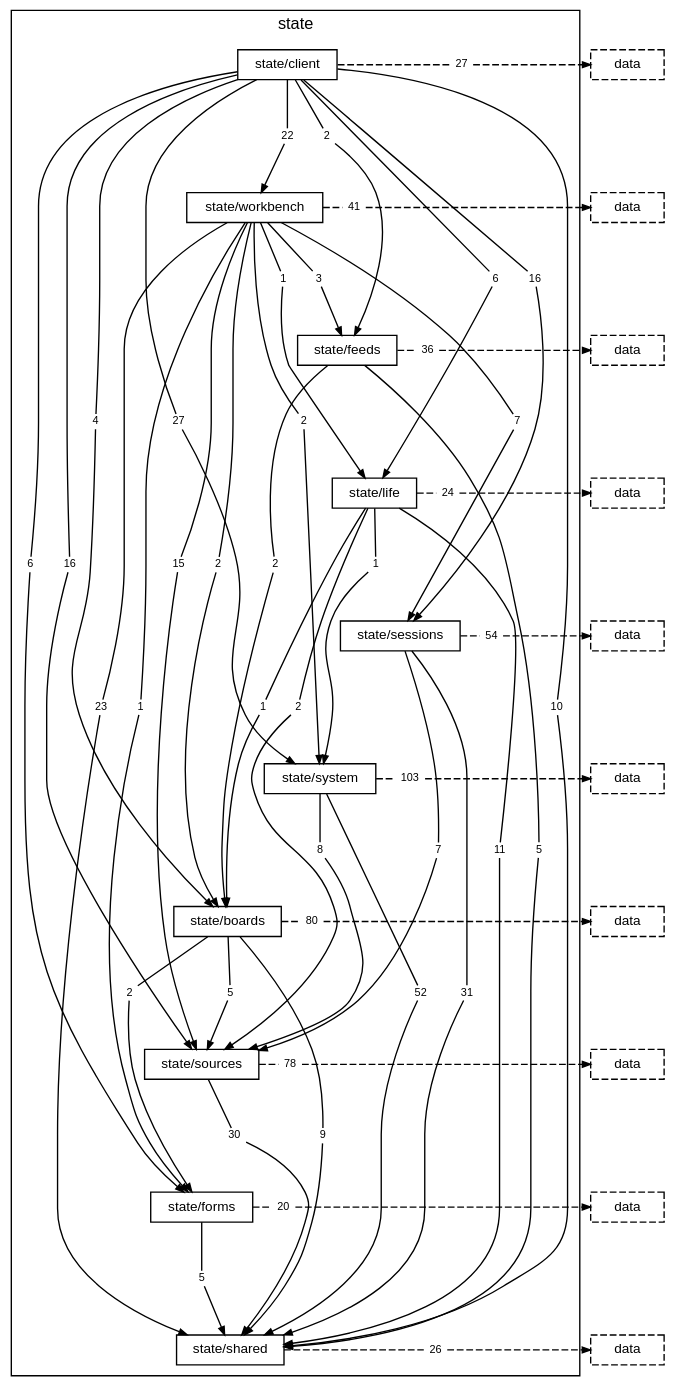
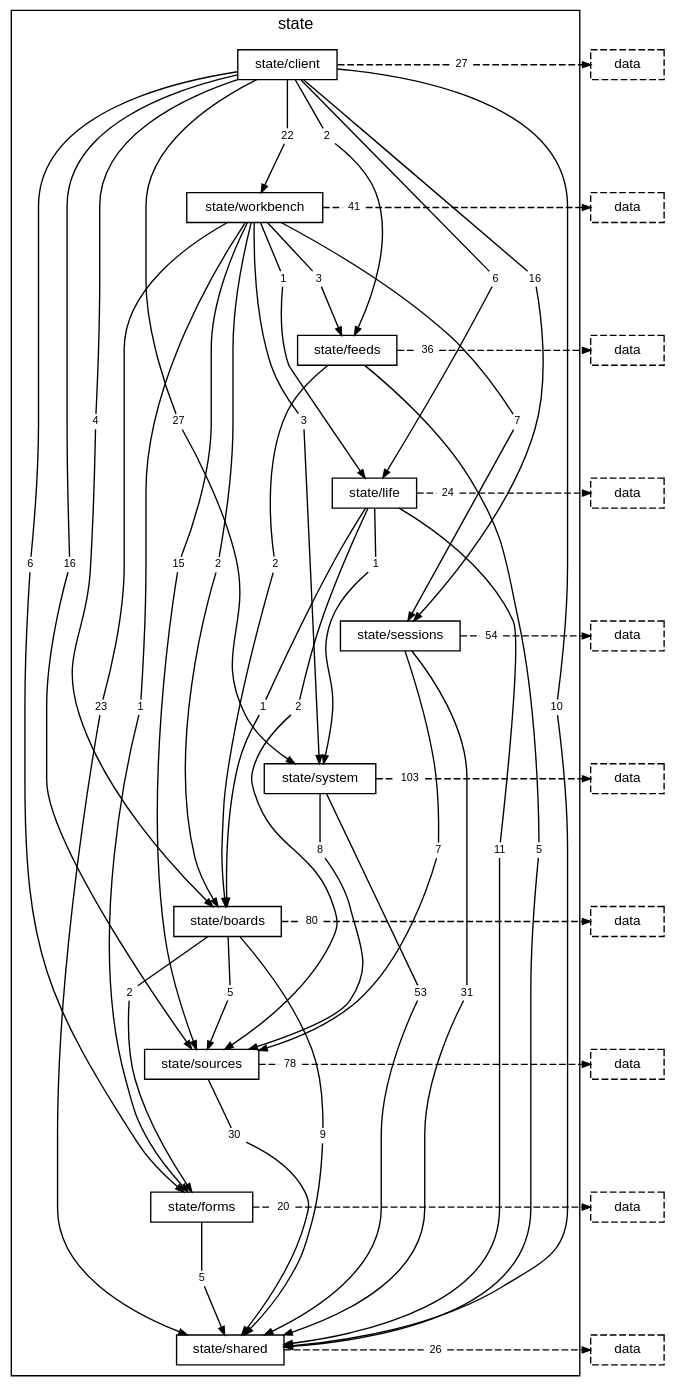
One commit to TheAxeC/oculus changed the diagram in docs/diagrams/layer-state.dot. Above: the diagram before and after it, drawn with Graphviz. The commit also changed 27 other files, not shown here.

```diff
--- a/docs/diagrams/layer-state.dot
+++ b/docs/diagrams/layer-state.dot
@@ -31,7 +31,7 @@
         "folder state/workbench to folder state/sessions" [label="7", shape=box, color="transparent", fontsize=8, width=0, height=0, margin="0.04,0.02"];
         "folder state/workbench to folder state/shared" [label="23", shape=box, color="transparent", fontsize=8, width=0, height=0, margin="0.04,0.02"];
         "folder state/workbench to folder state/sources" [label="15", shape=box, color="transparent", fontsize=8, width=0, height=0, margin="0.04,0.02"];
-        "folder state/workbench to folder state/system" [label="2", shape=box, color="transparent", fontsize=8, width=0, height=0, margin="0.04,0.02"];
+        "folder state/workbench to folder state/system" [label="3", shape=box, color="transparent", fontsize=8, width=0, height=0, margin="0.04,0.02"];
         "folder state/workbench to layer data" [label="41", shape=box, color="transparent", fontsize=8, width=0, height=0, margin="0.04,0.02"];
         "folder state/feeds to folder state/boards" [label="2", shape=box, color="transparent", fontsize=8, width=0, height=0, margin="0.04,0.02"];
         "folder state/feeds to folder state/shared" [label="5", shape=box, color="transparent", fontsize=8, width=0, height=0, margin="0.04,0.02"];
@@ -44,7 +44,7 @@
         "folder state/sessions to folder state/shared" [label="31", shape=box, color="transparent", fontsize=8, width=0, height=0, margin="0.04,0.02"];
         "folder state/sessions to folder state/sources" [label="7", shape=box, color="transparent", fontsize=8, width=0, height=0, margin="0.04,0.02"];
         "folder state/sessions to layer data" [label="54", shape=box, color="transparent", fontsize=8, width=0, height=0, margin="0.04,0.02"];
-        "folder state/system to folder state/shared" [label="52", shape=box, color="transparent", fontsize=8, width=0, height=0, margin="0.04,0.02"];
+        "folder state/system to folder state/shared" [label="53", shape=box, color="transparent", fontsize=8, width=0, height=0, margin="0.04,0.02"];
         "folder state/system to folder state/sources" [label="8", shape=box, color="transparent", fontsize=8, width=0, height=0, margin="0.04,0.02"];
         "folder state/system to layer data" [label="103", shape=box, color="transparent", fontsize=8, width=0, height=0, margin="0.04,0.02"];
         "folder state/boards to folder state/forms" [label="2", shape=box, color="transparent", fontsize=8, width=0, height=0, margin="0.04,0.02"];
```
